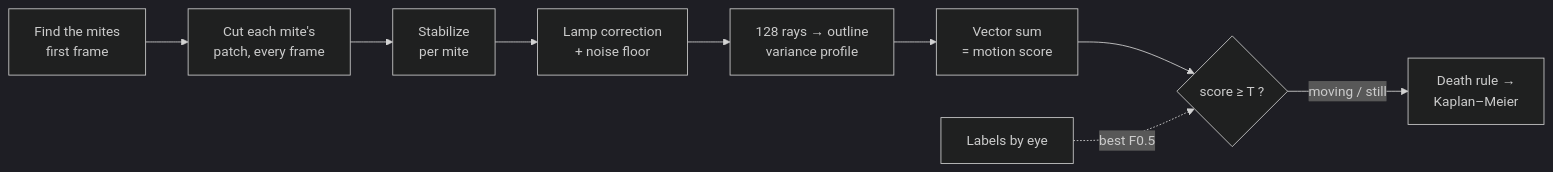
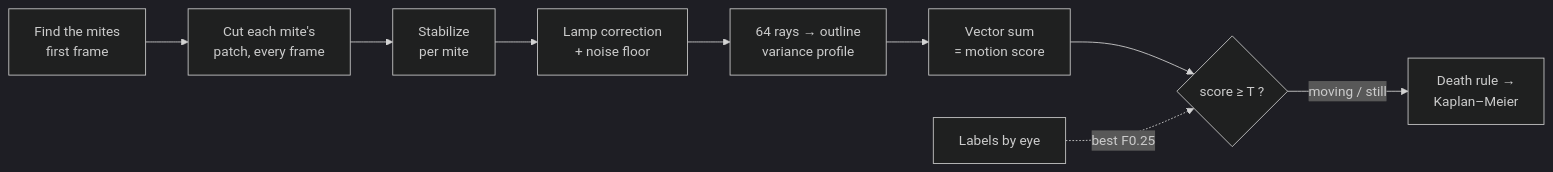
Before and after one commit to Mateo-Schaerer-Gonzalez/Varroa_detector_discobox: the first of 3 diagrams in README.md, drawn with Mermaid (dark theme). The commit also changed other lines of this file and 14 other files, not shown here.

````diff
--- a/README.md
+++ b/README.md
@@ -65,11 +65,11 @@
 ```mermaid
 flowchart LR
     A["Find the mites<br/>first frame"] --> B["Cut each mite's<br/>patch, every frame"]
     B --> C["Stabilize<br/>per mite"]
     C --> D["Lamp correction<br/>+ noise floor"]
-    D --> E["128 rays → outline<br/>variance profile"]
+    D --> E["64 rays → outline<br/>variance profile"]
     E --> F["Vector sum<br/>= motion score"]
     F --> G{"score ≥ T ?"}
     G -->|moving / still| H["Death rule →<br/>Kaplan–Meier"]
-    L["Labels by eye"] -.->|"best F0.5"| G
+    L["Labels by eye"] -.->|"best F0.25"| G
 ```
````
